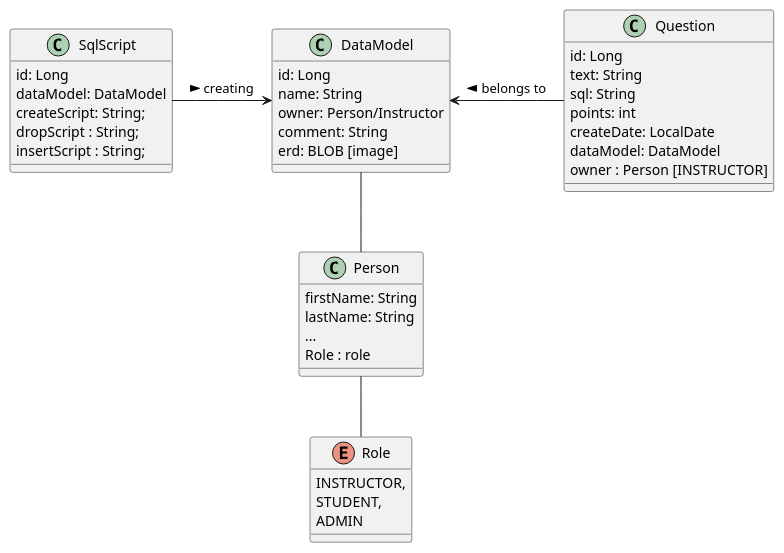
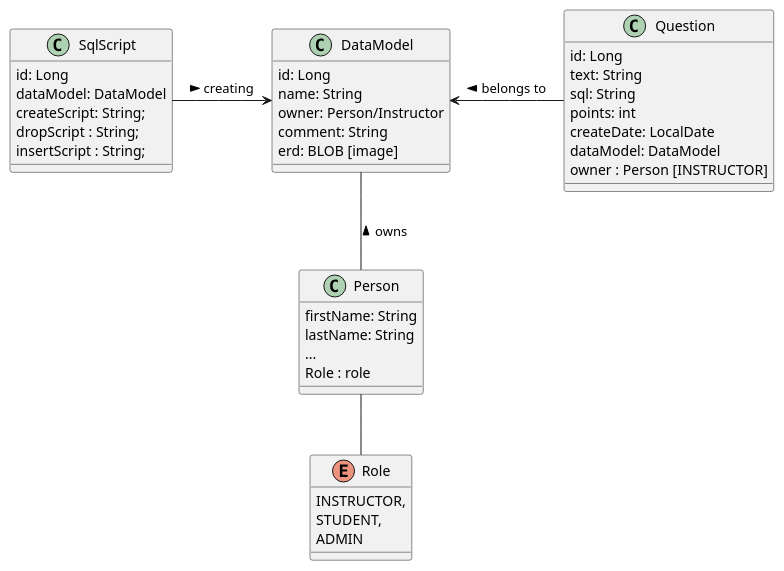
One commit to htl-leonding-project/leo-database-learner changed the diagram in asciidocs/plantuml/cld.puml. Above: the diagram before and after it, drawn with PlantUML. The commit also changed 5 other files, not shown here.

Commit message:
updated cld.puml, system-architecture.adoc

```diff
--- a/asciidocs/plantuml/cld.puml
+++ b/asciidocs/plantuml/cld.puml
@@ -1,46 +1,46 @@
 @startuml
 
 class Question {
   id: Long
   text: String
   sql: String
   points: int
   createDate: LocalDate
   dataModel: DataModel
   owner : Person [INSTRUCTOR]
 }
 
 class DataModel {
   id: Long
   name: String
   owner: Person/Instructor
   comment: String
   erd: BLOB [image]
 }
 
 class SqlScript {
   id: Long
   dataModel: DataModel
   createScript: String;
   dropScript : String;
   insertScript : String;
 }
 
 class Person {
   firstName: String
   lastName: String
   ...
   Role : role
 }
 
 enum Role {
   INSTRUCTOR,
   STUDENT,
   ADMIN
 }
 
 SqlScript -right-> DataModel : "creating >"
 Question -left-> DataModel : "belongs to >"
 Role -up- Person
-DataModel -down- Person
+DataModel -down- Person: owns <
 @enduml
```
